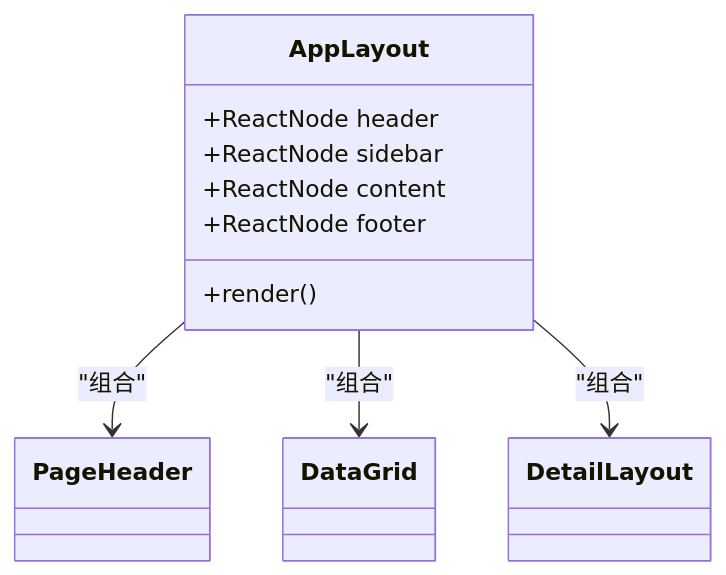
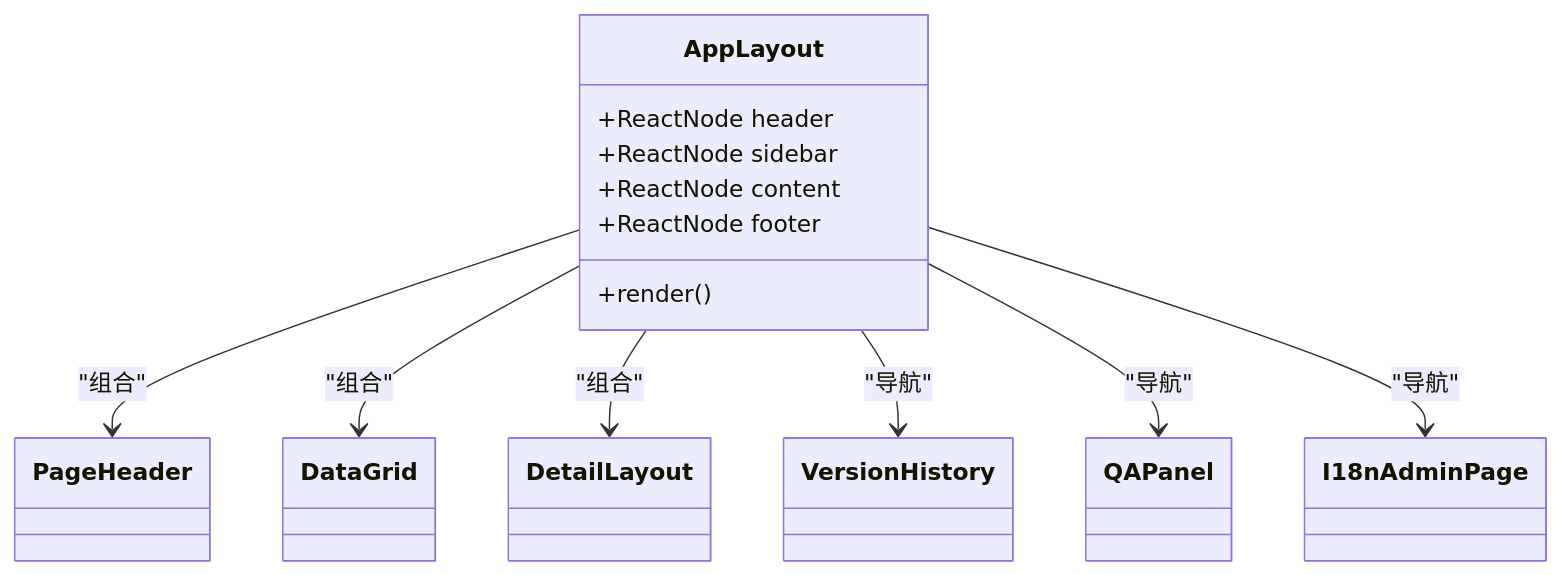
One commit to inier/ontology-graphiti changed the third of 7 diagrams in .qoder/repowiki/zh/content/前端架构/组件体系.md. Above: the diagram before and after it, drawn with Mermaid. The commit also changed other lines of this file and 7 other files, not shown here.

First line of the commit message:
fix: 策略编辑器移除审计日志Tab + 业务规则归入语义地图

````diff
--- a/.qoder/repowiki/zh/content/前端架构/组件体系.md
+++ b/.qoder/repowiki/zh/content/前端架构/组件体系.md
@@ -244,16 +261,22 @@
 ```mermaid
 classDiagram
 class AppLayout {
 +ReactNode header
 +ReactNode sidebar
 +ReactNode content
 +ReactNode footer
 +render()
 }
 class PageHeader
 class DataGrid
 class DetailLayout
+class VersionHistory
+class QAPanel
+class I18nAdminPage
 AppLayout --> PageHeader : "组合"
 AppLayout --> DataGrid : "组合"
 AppLayout --> DetailLayout : "组合"
+AppLayout --> VersionHistory : "导航"
+AppLayout --> QAPanel : "导航"
+AppLayout --> I18nAdminPage : "导航"
 ```
````
